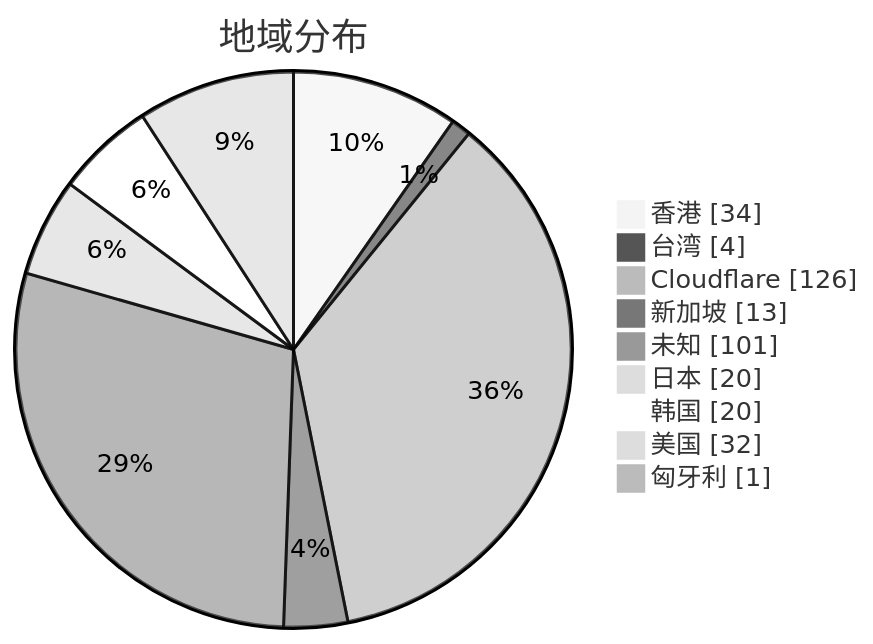
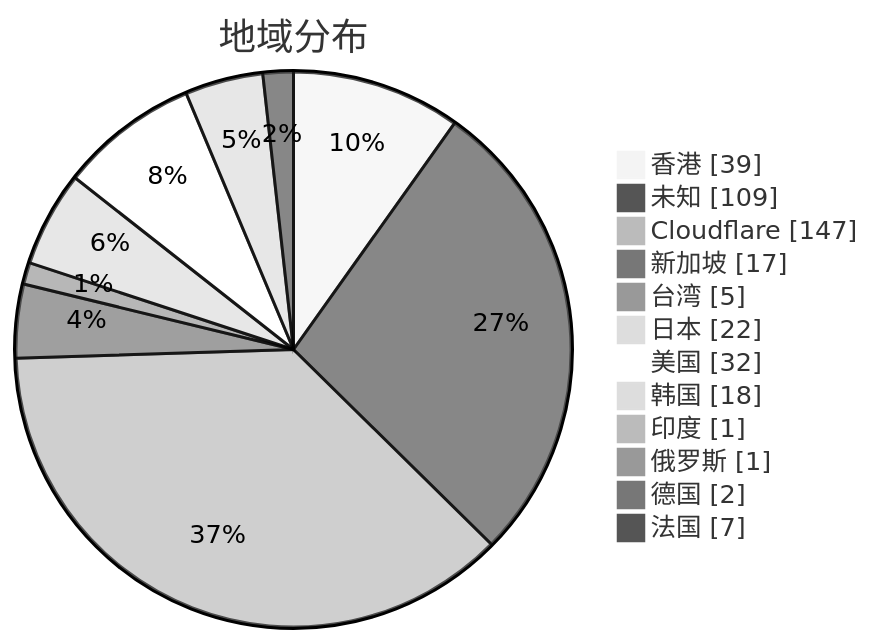
One commit to qjlxg/airport changed the second of 3 diagrams in subs/statistics/tested_within.md. Above: the diagram before and after it, drawn with Mermaid (neutral theme). The commit also changed other lines of this file and 2 other files, not shown here.

````diff
--- a/subs/statistics/tested_within.md
+++ b/subs/statistics/tested_within.md
@@ -14,13 +13,16 @@
 ```mermaid
 pie showData
 title 地域分布
-"香港" : 34
-"台湾" : 4
-"Cloudflare" : 126
-"新加坡" : 13
-"未知" : 101
-"日本" : 20
-"韩国" : 20
+"香港" : 39
+"未知" : 109
+"Cloudflare" : 147
+"新加坡" : 17
+"台湾" : 5
+"日本" : 22
 "美国" : 32
-"匈牙利" : 1
+"韩国" : 18
+"印度" : 1
+"俄罗斯" : 1
+"德国" : 2
+"法国" : 7
 ```
````
